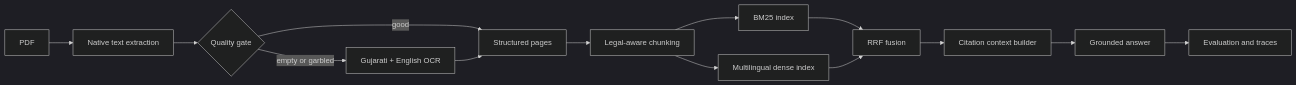
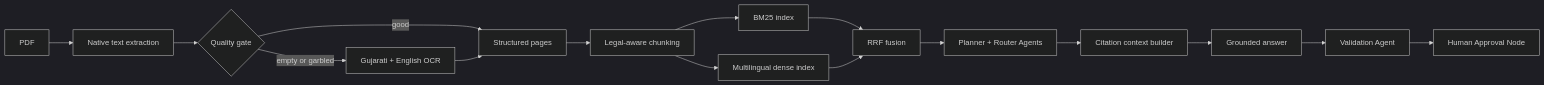
The diagram in README.md (yadavvinay77/atlas-rag-enterprise), drawn with Mermaid (dark theme) before and after one commit. The commit also changed other lines of this file and 8 other files, not shown here.

````diff
--- a/README.md
+++ b/README.md
@@ -20,16 +22,18 @@
 ```mermaid
 flowchart LR
     A[PDF] --> B[Native text extraction]
     B --> C{Quality gate}
     C -->|good| D[Structured pages]
     C -->|empty or garbled| E[Gujarati + English OCR]
     E --> D
     D --> F[Legal-aware chunking]
     F --> G[BM25 index]
     F --> H[Multilingual dense index]
     G --> I[RRF fusion]
     H --> I
-    I --> J[Citation context builder]
-    J --> K[Grounded answer]
-    K --> L[Evaluation and traces]
+    I --> J[Planner + Router Agents]
+    J --> K[Citation context builder]
+    K --> L[Grounded answer]
+    L --> M[Validation Agent]
+    M --> N[Human Approval Node]
 ```
````
